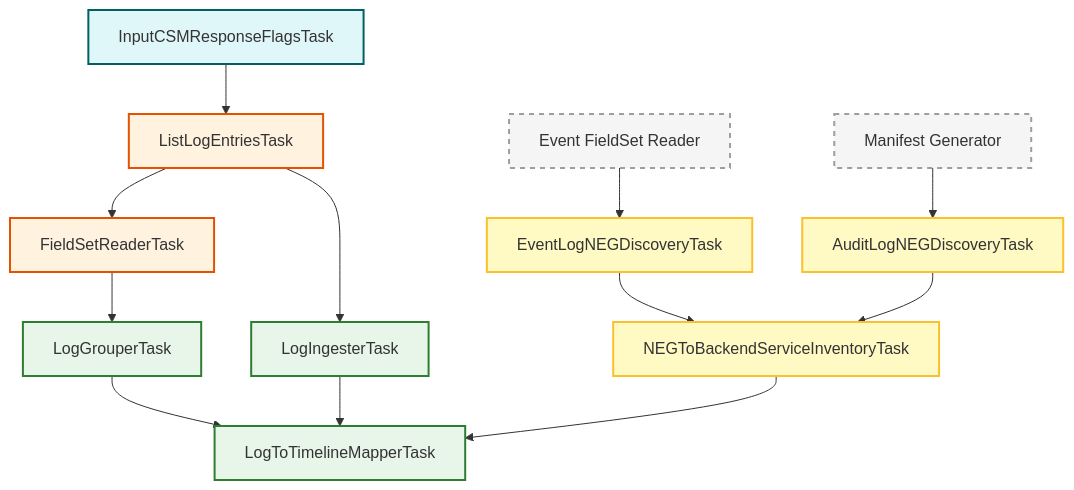
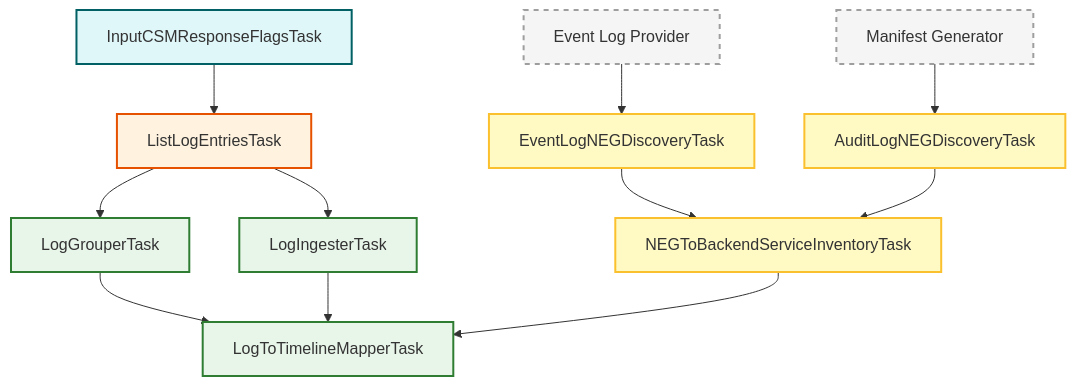
The diagram in pkg/task/inspection/googlecloudlogcsm/README.md (kyasbal/khi), drawn with Mermaid before and after one commit. The commit also changed other lines of this file and 291 other files, not shown here.

First line of the commit message:
refactor(structured,parsers): optimize log parsing with FieldPath interning and Extractor pattern (#928)

````diff
--- a/pkg/task/inspection/googlecloudlogcsm/README.md
+++ b/pkg/task/inspection/googlecloudlogcsm/README.md
@@ -33,29 +32,28 @@
 ```mermaid
 graph TD
     classDef input fill:#e0f7fa,stroke:#006064,stroke-width:2px;
     classDef query fill:#fff3e0,stroke:#e65100,stroke-width:2px;
     classDef pipeline fill:#e8f5e9,stroke:#2e7d32,stroke-width:2px;
     classDef inventory fill:#fff9c4,stroke:#fbc02d,stroke-width:2px;
 
     classDef external fill:#f5f5f5,stroke:#9e9e9e,stroke-width:2px,stroke-dasharray: 5 5;
 
     %% External Tasks
-    EventFieldSet[Event FieldSet Reader]:::external
+    EventLogs[Event Log Provider]:::external
     ManifestGen[Manifest Generator]:::external
 
     %% Inventory
-    EventFieldSet --> EventDiscovery[EventLogNEGDiscoveryTask]:::inventory
+    EventLogs --> EventDiscovery[EventLogNEGDiscoveryTask]:::inventory
     ManifestGen --> AuditDiscovery[AuditLogNEGDiscoveryTask]:::inventory
     EventDiscovery --> Inventory[NEGToBackendServiceInventoryTask]:::inventory
     AuditDiscovery --> Inventory
 
     %% CSM Traffic Log Pipeline
     FlagsInput[InputCSMResponseFlagsTask]:::input
     FlagsInput --> ListLogs[ListLogEntriesTask]:::query
-    ListLogs --> FieldSetRead[FieldSetReaderTask]:::query
     ListLogs --> Ingester[LogIngesterTask]:::pipeline
-    FieldSetRead --> Grouper[LogGrouperTask]:::pipeline
+    ListLogs --> Grouper[LogGrouperTask]:::pipeline
     Grouper --> Mapper[LogToTimelineMapperTask]:::pipeline
     Ingester --> Mapper
     Inventory --> Mapper
 ```
````
